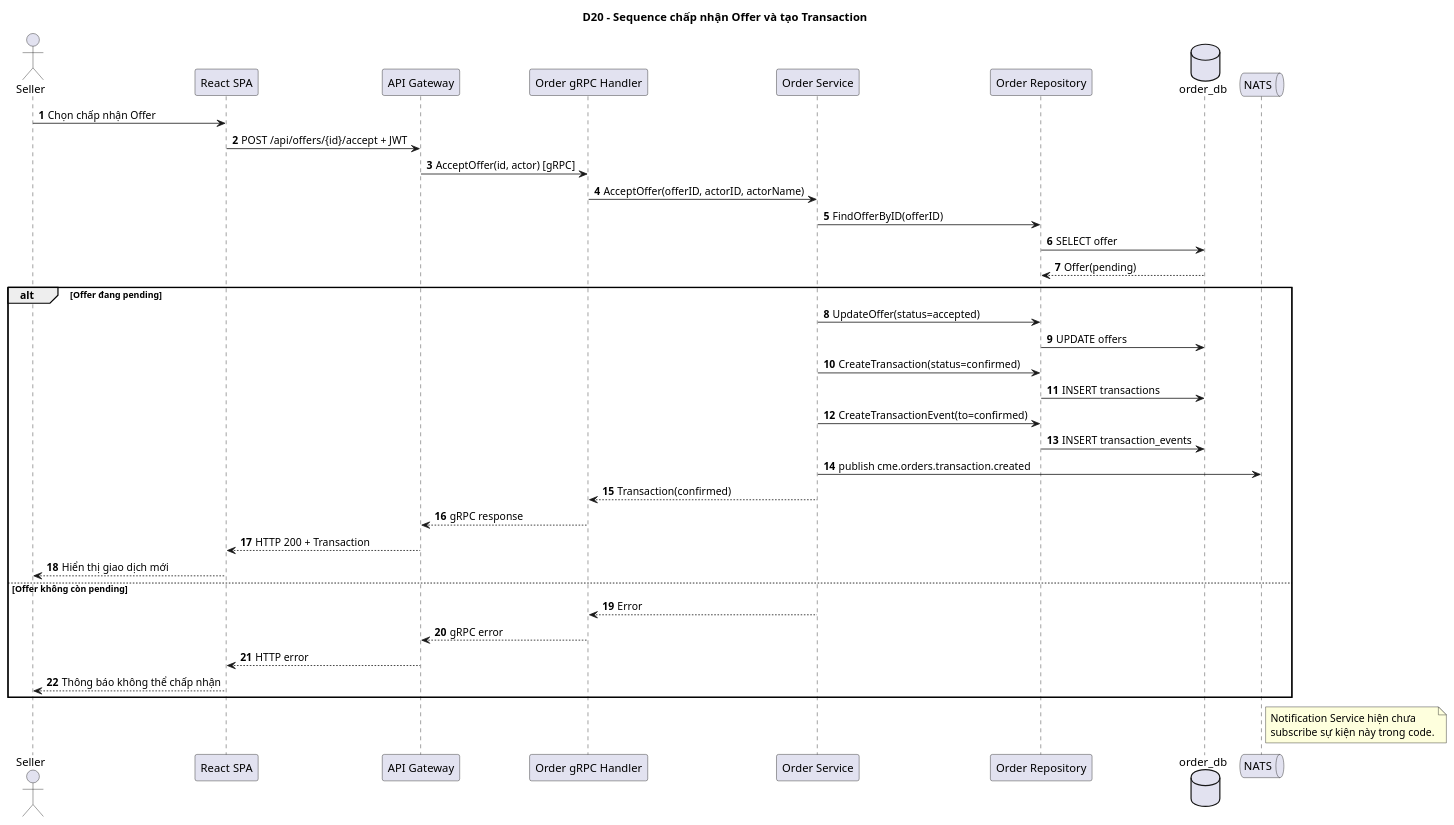
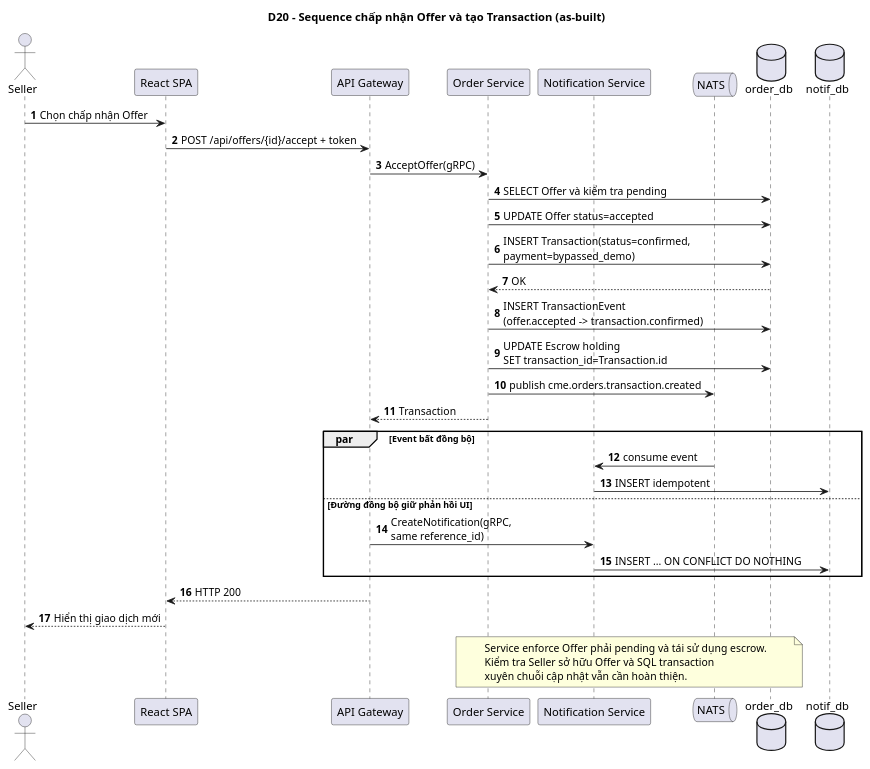
One commit to NguyetNgaLe/Circular-Materials-Exchange changed the diagram in project-submission/04-diagrams/chapter-04-design/D20-accept-offer-sequence.puml. Above: the diagram before and after it, drawn with PlantUML. The commit also changed other lines of this file and 129 other files, not shown here.

```diff
--- a/project-submission/04-diagrams/chapter-04-design/D20-accept-offer-sequence.puml
+++ b/project-submission/04-diagrams/chapter-04-design/D20-accept-offer-sequence.puml
@@ -1,45 +1,40 @@
 @startuml
-title D20 - Sequence chấp nhận Offer và tạo Transaction
+title D20 - Sequence chấp nhận Offer và tạo Transaction (as-built)
 autonumber
 
 actor Seller
 participant "React SPA" as Web
 participant "API Gateway" as Gateway
-participant "Order gRPC Handler" as Handler
-participant "Order Service" as Service
-participant "Order Repository" as Repo
-database "order_db" as DB
+participant "Order Service" as Order
+participant "Notification Service" as Notification
 queue NATS
+database "order_db" as OrderDB
+database "notif_db" as NotifDB
 
 Seller -> Web : Chọn chấp nhận Offer
-Web -> Gateway : POST /api/offers/{id}/accept + JWT
-Gateway -> Handler : AcceptOffer(id, actor) [gRPC]
-Handler -> Service : AcceptOffer(offerID, actorID, actorName)
-Service -> Repo : FindOfferByID(offerID)
-Repo -> DB : SELECT offer
-DB --> Repo : Offer(pending)
+Web -> Gateway : POST /api/offers/{id}/accept + token
+Gateway -> Order : AcceptOffer(gRPC)
+Order -> OrderDB : SELECT Offer và kiểm tra pending
+Order -> OrderDB : UPDATE Offer status=accepted
+Order -> OrderDB : INSERT Transaction(status=confirmed,\npayment=bypassed_demo)
+OrderDB --> Order : OK
+Order -> OrderDB : INSERT TransactionEvent\n(offer.accepted -> transaction.confirmed)
+Order -> OrderDB : UPDATE Escrow holding\nSET transaction_id=Transaction.id
+Order -> NATS : publish cme.orders.transaction.created
+Order --> Gateway : Transaction
+par Event bất đồng bộ
+NATS -> Notification : consume event
+Notification -> NotifDB : INSERT idempotent
+else Đường đồng bộ giữ phản hồi UI
+Gateway -> Notification : CreateNotification(gRPC,\nsame reference_id)
+Notification -> NotifDB : INSERT ... ON CONFLICT DO NOTHING
+end
+Gateway --> Web : HTTP 200
+Web --> Seller : Hiển thị giao dịch mới
 
-alt Offer đang pending
-  Service -> Repo : UpdateOffer(status=accepted)
-  Repo -> DB : UPDATE offers
-  Service -> Repo : CreateTransaction(status=confirmed)
-  Repo -> DB : INSERT transactions
-  Service -> Repo : CreateTransactionEvent(to=confirmed)
-  Repo -> DB : INSERT transaction_events
-  Service -> NATS : publish cme.orders.transaction.created
-  Service --> Handler : Transaction(confirmed)
-  Handler --> Gateway : gRPC response
-  Gateway --> Web : HTTP 200 + Transaction
-  Web --> Seller : Hiển thị giao dịch mới
-else Offer không còn pending
-  Service --> Handler : Error
-  Handler --> Gateway : gRPC error
-  Gateway --> Web : HTTP error
-  Web --> Seller : Thông báo không thể chấp nhận
-end
-
-note right of NATS
-  Notification Service hiện chưa
-  subscribe sự kiện này trong code.
+note over Order,OrderDB
+  Service enforce Offer phải pending và tái sử dụng escrow.
+  Kiểm tra Seller sở hữu Offer và SQL transaction
+  xuyên chuỗi cập nhật vẫn cần hoàn thiện.
 end note
 @enduml
```
